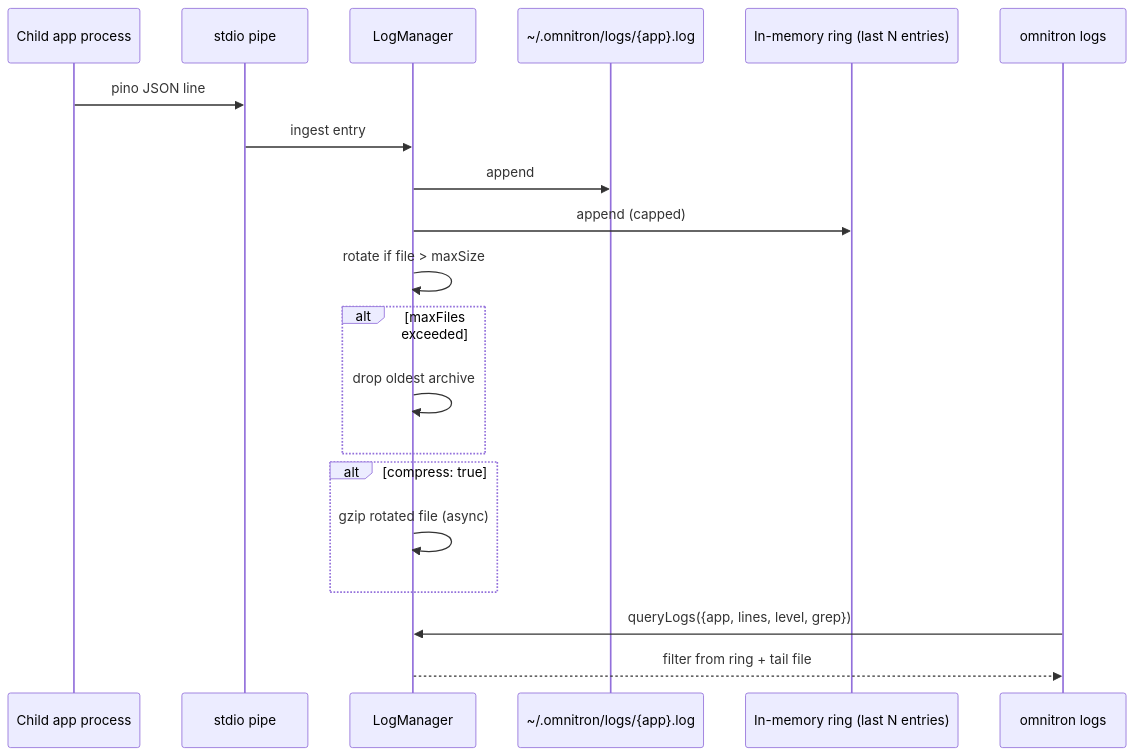
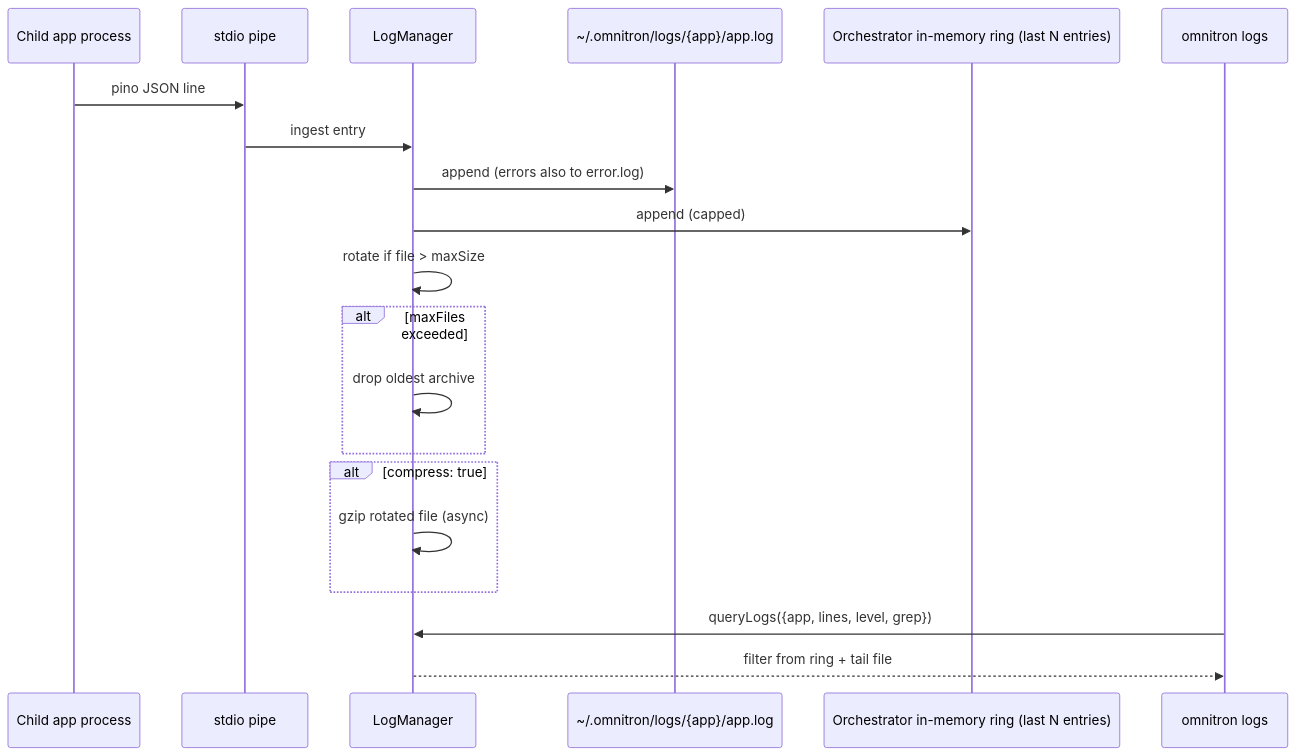
Before and after one commit to omnitron-dev/website: the first of 4 diagrams in docs/omnitron/observability.md, drawn with Mermaid. The commit also changed other lines of this file and 61 other files, not shown here.

````diff
--- a/docs/omnitron/observability.md
+++ b/docs/omnitron/observability.md
@@ -33,23 +33,23 @@
 ```mermaid
 sequenceDiagram
   participant App as Child app process
   participant Pipe as stdio pipe
   participant LM as LogManager
-  participant File as ~/.omnitron/logs/{app}.log
-  participant Ring as In-memory ring (last N entries)
+  participant File as ~/.omnitron/logs/{app}/app.log
+  participant Ring as Orchestrator in-memory ring (last N entries)
   participant CLI as omnitron logs
 
   App->>Pipe: pino JSON line
   Pipe->>LM: ingest entry
-  LM->>File: append
+  LM->>File: append (errors also to error.log)
   LM->>Ring: append (capped)
   LM->>LM: rotate if file > maxSize
   alt maxFiles exceeded
     LM->>LM: drop oldest archive
   end
   alt compress: true
     LM->>LM: gzip rotated file (async)
   end
   CLI->>LM: queryLogs({app, lines, level, grep})
   LM-->>CLI: filter from ring + tail file
 ```
````
